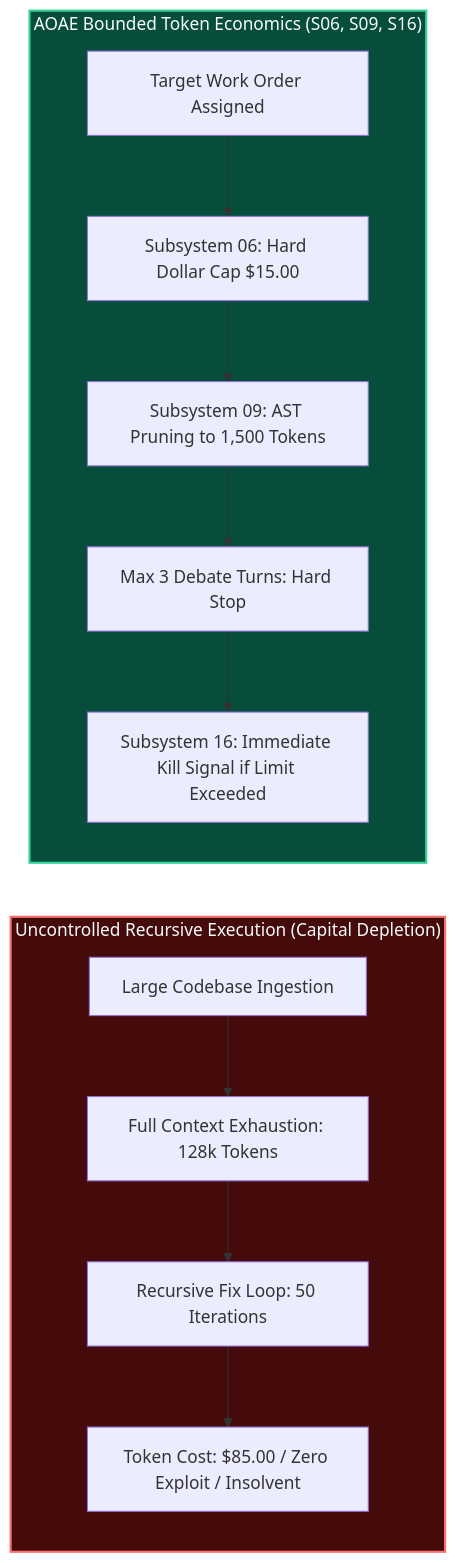
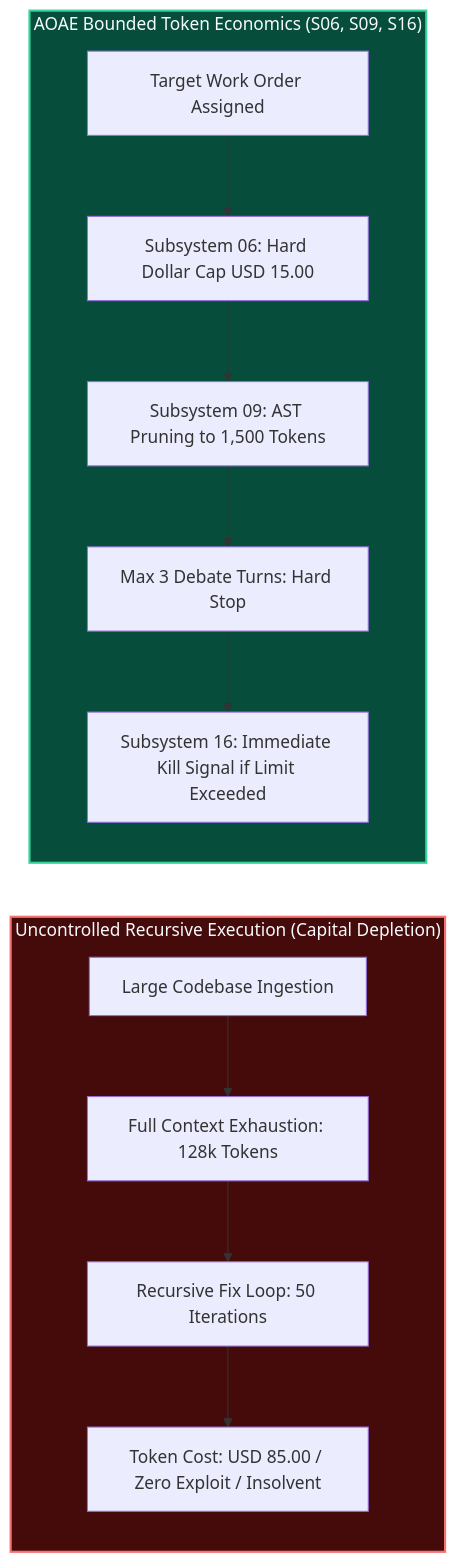
The fifth of 7 diagrams in docs/09_adversarial_failure_analysis.md (x-TheFox/Autonomous-Opportunity-Arbitrage-Engine), drawn with Mermaid before and after one commit. The commit also changed other lines of this file and 11 other files, not shown here.

````diff
--- a/docs/09_adversarial_failure_analysis.md
+++ b/docs/09_adversarial_failure_analysis.md
@@ -221,18 +221,18 @@
 ```mermaid
 flowchart LR
     subgraph Uncontrolled["Uncontrolled Recursive Execution (Capital Depletion)"]
         U1[Large Codebase Ingestion] --> U2[Full Context Exhaustion: 128k Tokens]
         U2 --> U3[Recursive Fix Loop: 50 Iterations]
-        U3 --> U4[Token Cost: $85.00 / Zero Exploit / Insolvent]
+        U3 --> U4[Token Cost: USD 85.00 / Zero Exploit / Insolvent]
     end
 
     subgraph AOAE_Bounded["AOAE Bounded Token Economics (S06, S09, S16)"]
-        B1[Target Work Order Assigned] --> B2[Subsystem 06: Hard Dollar Cap $15.00]
+        B1[Target Work Order Assigned] --> B2[Subsystem 06: Hard Dollar Cap USD 15.00]
         B2 --> B3[Subsystem 09: AST Pruning to 1,500 Tokens]
         B3 --> B4[Max 3 Debate Turns: Hard Stop]
         B4 --> B5[Subsystem 16: Immediate Kill Signal if Limit Exceeded]
     end
 
     style Uncontrolled fill:#450a0a,stroke:#f87171,stroke-width:2px,color:#f8fafc
     style AOAE_Bounded fill:#064e3b,stroke:#34d399,stroke-width:2px,color:#f8fafc
 ```
````
